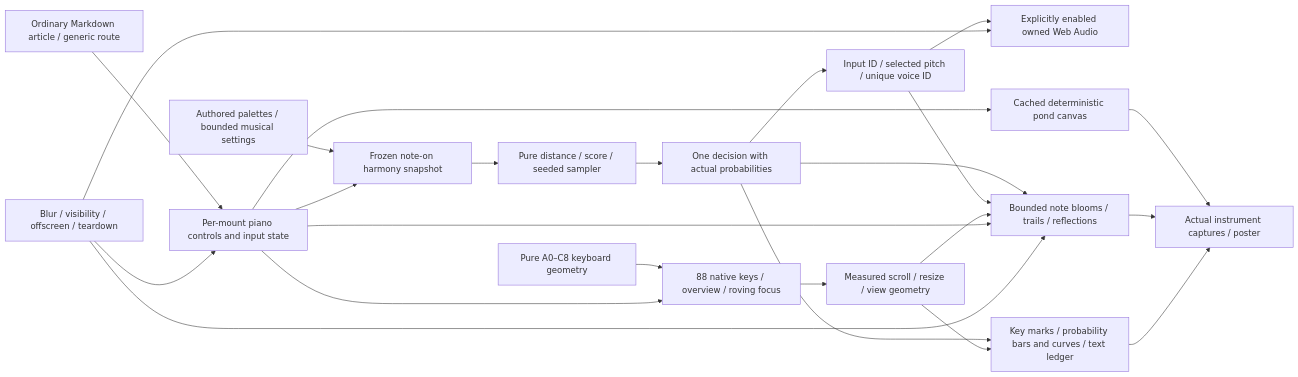
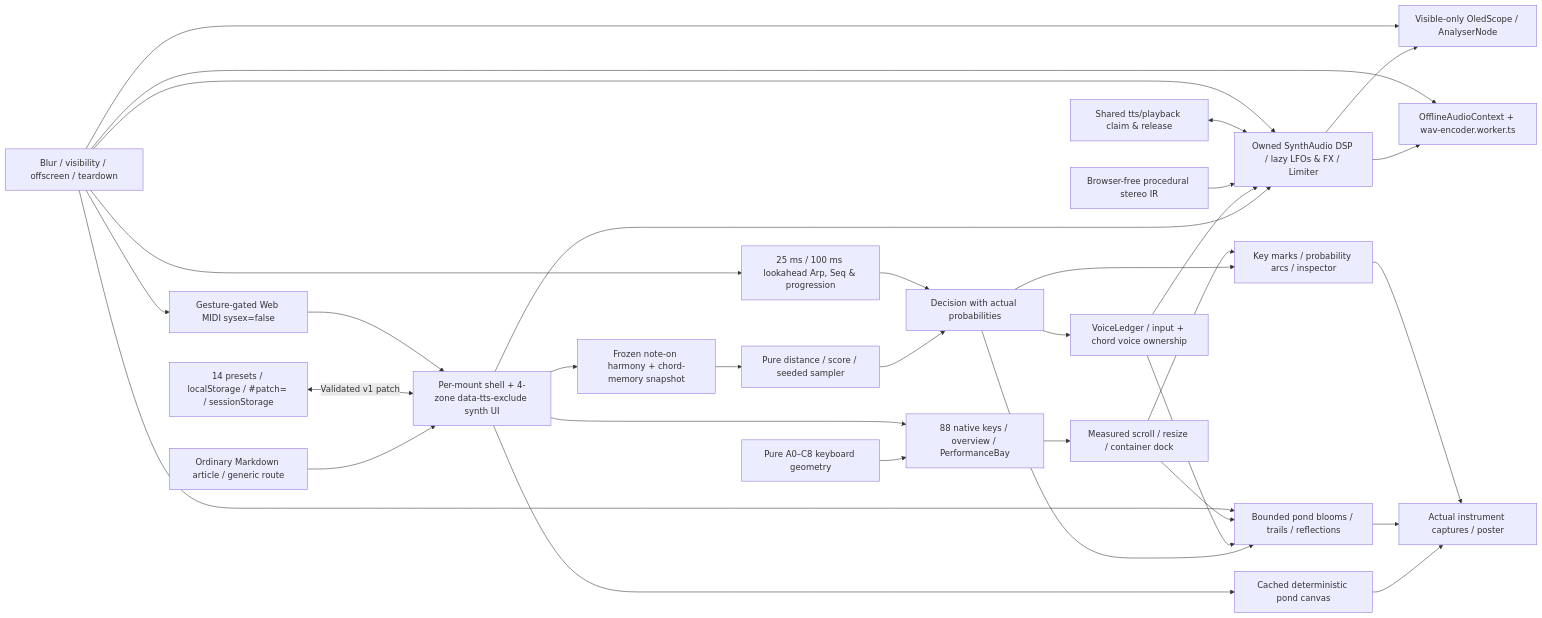
One commit to suvrotica/suvroghosh-in changed diagram 32 of 60 in docs/architecture/ARCHITECTURE.md. Above: the diagram before and after it, drawn with Mermaid. The commit also changed other lines of this file and 45 other files, not shown here.

First line of the commit message:
Upgrade ProbabilisticPiano into studio Web Audio polyphonic synthesizer

````diff
--- a/docs/architecture/ARCHITECTURE.md
+++ b/docs/architecture/ARCHITECTURE.md
@@ -1687,26 +1687,35 @@
 ```mermaid
 flowchart LR
-    Article["Ordinary Markdown article / generic route"] --> Shell["Per-mount piano controls and input state"]
-    Presets["Authored palettes / bounded musical settings"] --> Snapshot["Frozen note-on harmony snapshot"]
-    Shell --> Snapshot
+    Article["Ordinary Markdown article / generic route"] --> Shell["Per-mount shell + 4-zone data-tts-exclude synth UI"]
+    PatchStore["14 presets / localStorage / #patch= / sessionStorage"] <-->|"Validated v1 patch"| Shell
+    Shell --> Snapshot["Frozen note-on harmony + chord-memory snapshot"]
     Snapshot --> Model["Pure distance / score / seeded sampler"]
-    Model --> Decision["One decision with actual probabilities"]
-    Decision --> Ledger["Input ID / selected pitch / unique voice ID"]
-    Ledger --> Audio["Explicitly enabled owned Web Audio"]
-    Decision --> Readouts["Key marks / probability bars and curves / text ledger"]
-    Decision --> Effects["Bounded note blooms / trails / reflections"]
+    Model --> Decision["Decision with actual probabilities"]
+    Decision --> Ledger["VoiceLedger / input + chord voice ownership"]
+    Scheduler["25 ms / 100 ms lookahead Arp, Seq & progression"] --> Decision
+    MIDI["Gesture-gated Web MIDI sysex=false"] --> Shell
+    Shell --> Audio["Owned SynthAudio DSP / lazy LFOs & FX / Limiter"]
+    Ledger --> Audio
+    IR["Browser-free procedural stereo IR"] --> Audio
+    Playback["Shared tts/playback claim & release"] <--> Audio
+    Audio --> Scope["Visible-only OledScope / AnalyserNode"]
+    Audio --> WavExport["OfflineAudioContext + wav-encoder.worker.ts"]
+    Decision --> Readouts["Key marks / probability arcs / inspector"]
+    Decision --> Effects["Bounded pond blooms / trails / reflections"]
     Ledger --> Effects
-    Geometry["Pure A0–C8 keyboard geometry"] --> Keys["88 native keys / overview / roving focus"]
+    Geometry["Pure A0–C8 keyboard geometry"] --> Keys["88 native keys / overview / PerformanceBay"]
     Shell --> Keys
-    Keys --> Measure["Measured scroll / resize / view geometry"]
+    Keys --> Measure["Measured scroll / resize / container dock"]
     Measure --> Readouts
     Measure --> Effects
     Shell --> Paint["Cached deterministic pond canvas"]
-    Shell --> Effects
     Paint --> Capture["Actual instrument captures / poster"]
     Effects --> Capture
     Readouts --> Capture
     Lifecycle["Blur / visibility / offscreen / teardown"] --> Audio
-    Lifecycle --> Shell
+    Lifecycle --> Scheduler
+    Lifecycle --> MIDI
+    Lifecycle --> WavExport
+    Lifecycle --> Scope
     Lifecycle --> Effects
 ```
````
